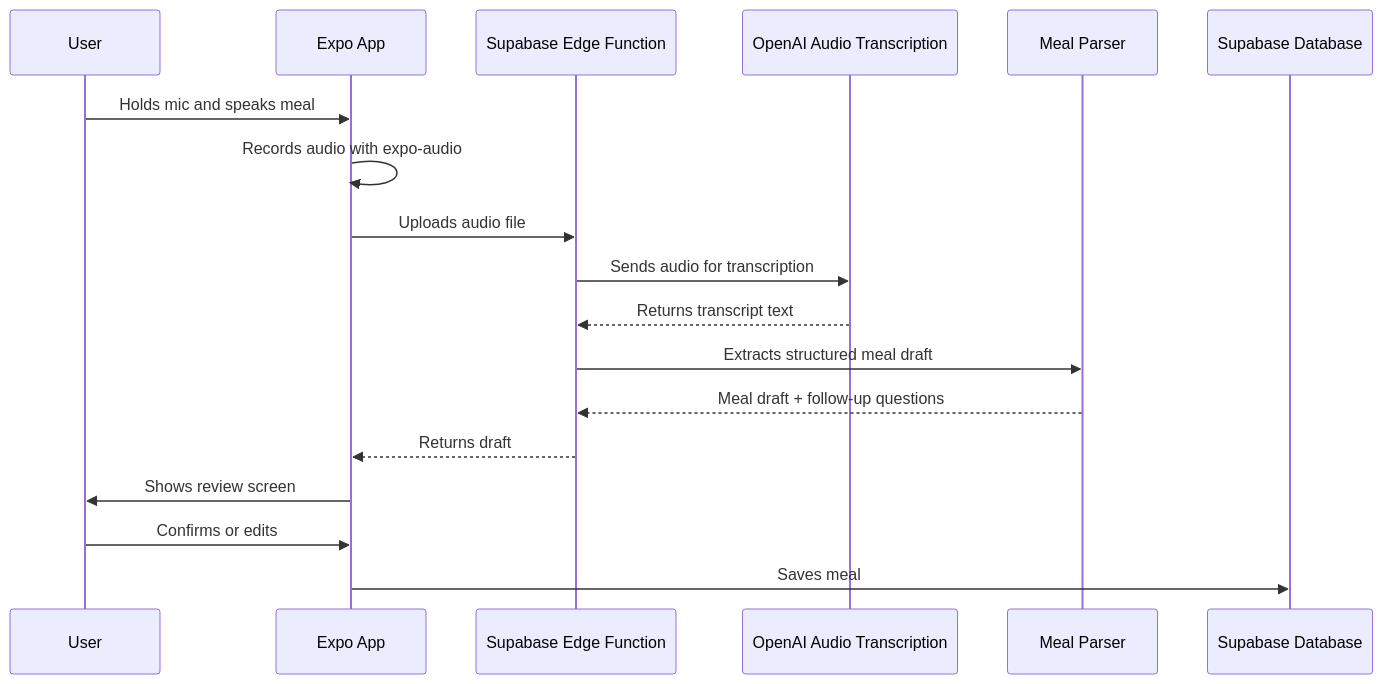
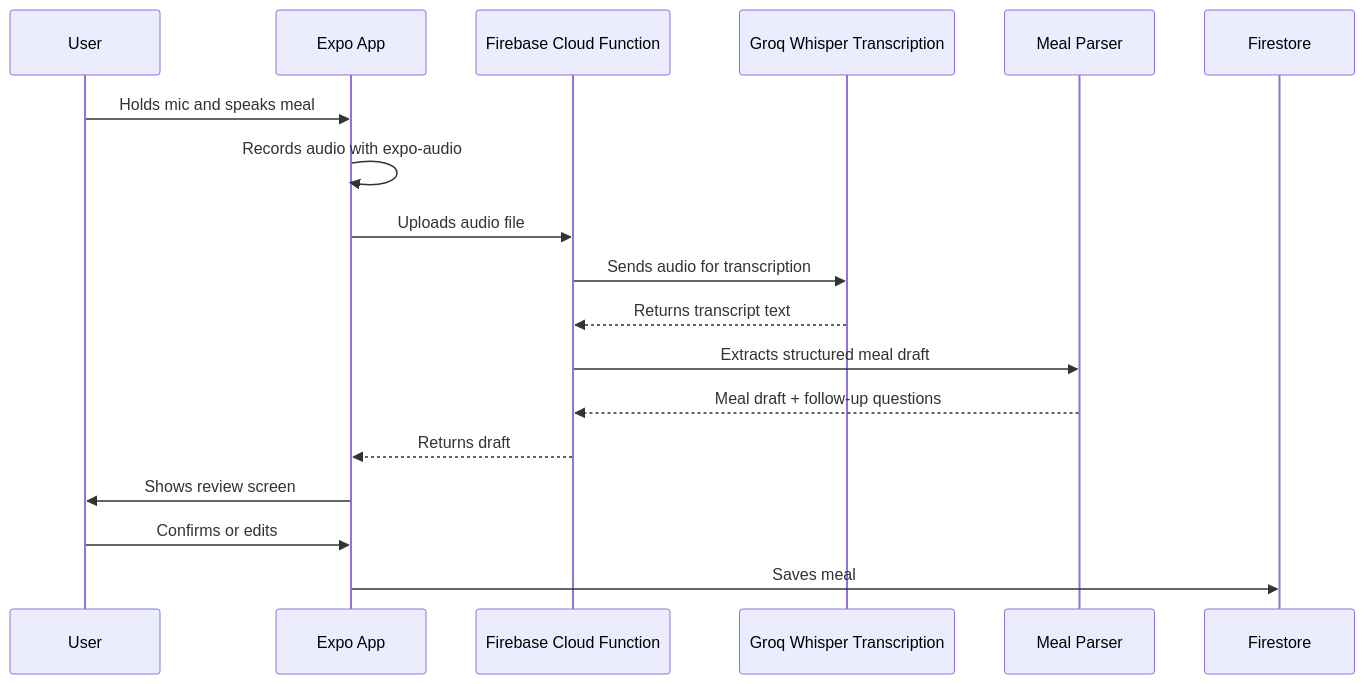
The first of 3 diagrams in docs/v2-technical-roadmap.md (Arnold1AB/chopperhub), drawn with Mermaid before and after one commit. The commit also changed other lines of this file and 57 other files, not shown here.

Commit message:
Migrate backend to Firebase and Netlify

````diff
--- a/docs/v2-technical-roadmap.md
+++ b/docs/v2-technical-roadmap.md
@@ -80,21 +80,21 @@
 ```mermaid
 sequenceDiagram
     participant User
     participant App as Expo App
-    participant Backend as Supabase Edge Function
-    participant OpenAI as OpenAI Audio Transcription
+    participant Backend as Firebase Cloud Function
+    participant Groq as Groq Whisper Transcription
     participant Parser as Meal Parser
-    participant DB as Supabase Database
+    participant DB as Firestore
 
     User->>App: Holds mic and speaks meal
     App->>App: Records audio with expo-audio
     App->>Backend: Uploads audio file
-    Backend->>OpenAI: Sends audio for transcription
-    OpenAI-->>Backend: Returns transcript text
+    Backend->>Groq: Sends audio for transcription
+    Groq-->>Backend: Returns transcript text
     Backend->>Parser: Extracts structured meal draft
     Parser-->>Backend: Meal draft + follow-up questions
     Backend-->>App: Returns draft
     App->>User: Shows review screen
     User->>App: Confirms or edits
     App->>DB: Saves meal
 ```
````
